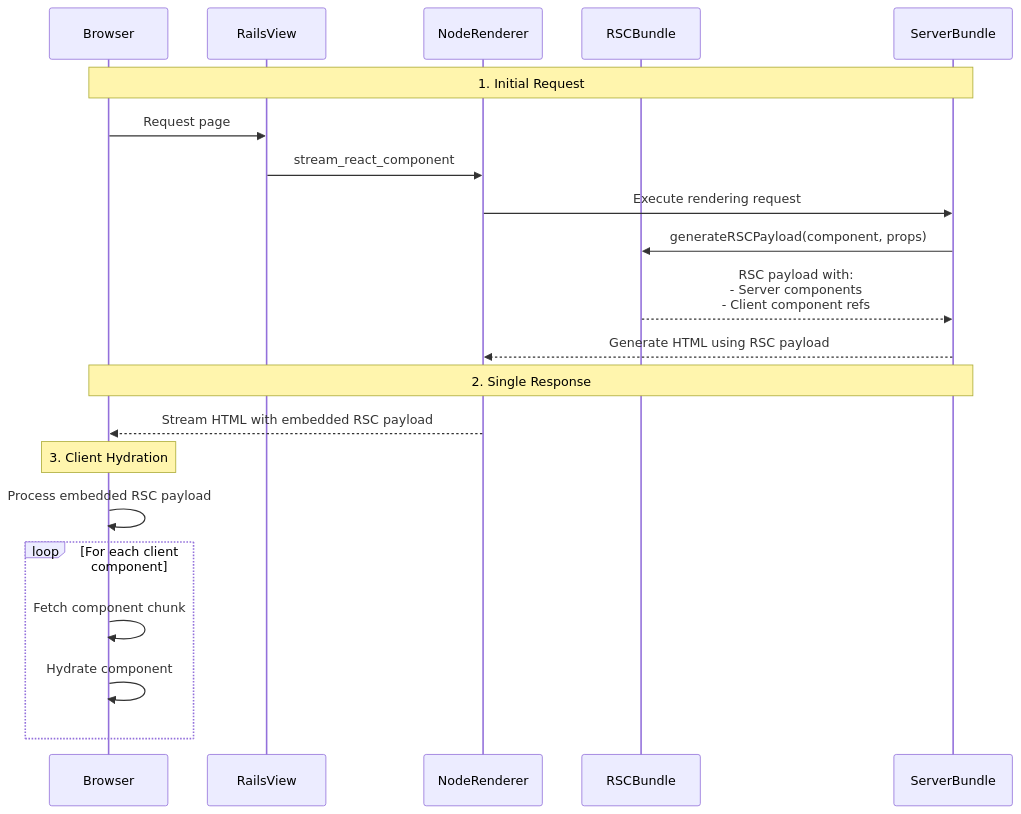
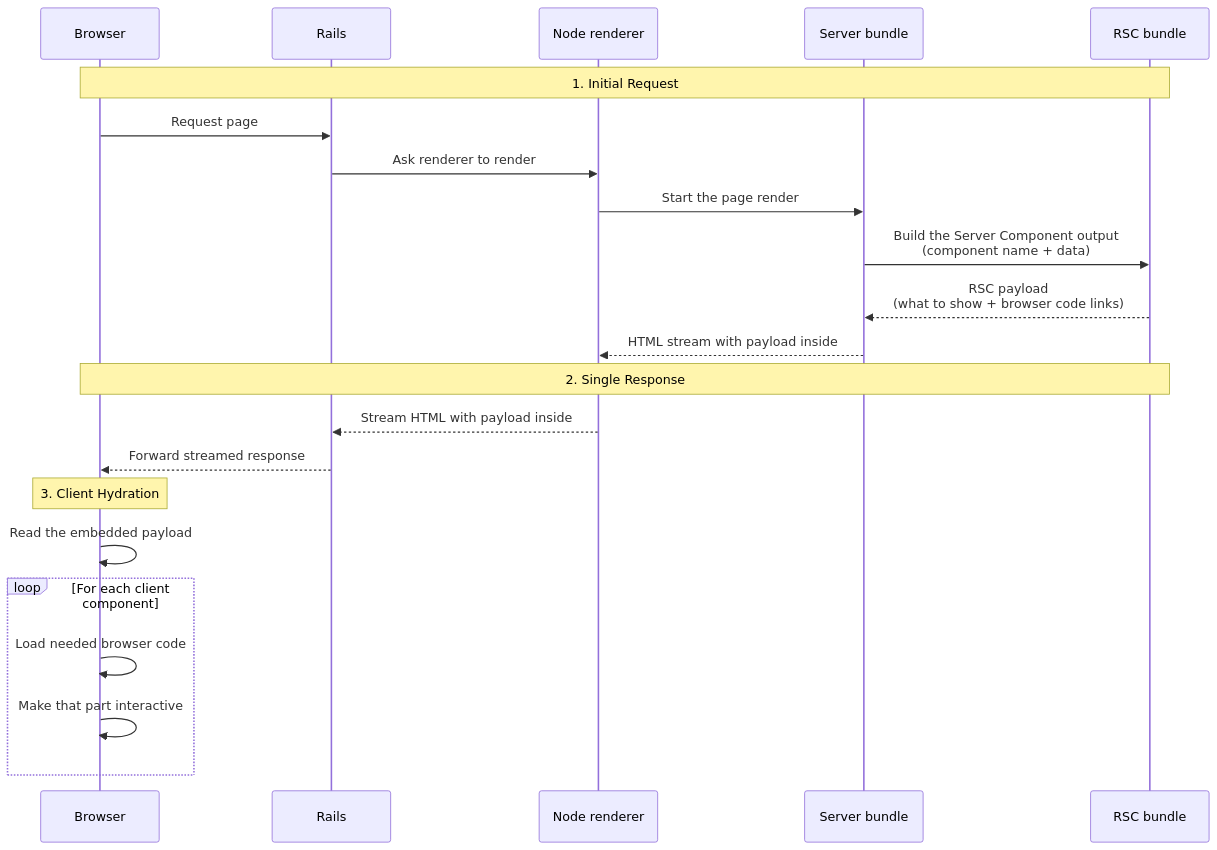
Before and after one commit to shakacode/react_on_rails: the second of 2 diagrams in docs/pro/react-server-components/rendering-flow.md, drawn with Mermaid. The commit also changed other lines of this file and 2 other files, not shown here.

Commit message:
Clarify Node renderer diagrams

````diff
--- a/docs/pro/react-server-components/rendering-flow.md
+++ b/docs/pro/react-server-components/rendering-flow.md
@@ -127,26 +127,27 @@
 ```mermaid
 sequenceDiagram
     participant Browser
-    participant RailsView
-    participant NodeRenderer
-    participant RSCBundle
-    participant ServerBundle
+    participant Rails
+    participant Renderer as Node renderer
+    participant Server as Server bundle
+    participant RSC as RSC bundle
 
-    Note over Browser,ServerBundle: 1. Initial Request
-    Browser->>RailsView: Request page
-    RailsView->>NodeRenderer: stream_react_component
-    NodeRenderer->>ServerBundle: Execute rendering request
-    ServerBundle->>RSCBundle: generateRSCPayload(component, props)
-    RSCBundle-->>ServerBundle: RSC payload with:<br/>- Server components<br/>- Client component refs
-    ServerBundle-->>NodeRenderer: Generate HTML using RSC payload
+    Note over Browser,RSC: 1. Initial Request
+    Browser->>Rails: Request page
+    Rails->>Renderer: Ask renderer to render
+    Renderer->>Server: Start the page render
+    Server->>RSC: Build the Server Component output<br/>(component name + data)
+    RSC-->>Server: RSC payload<br/>(what to show + browser code links)
+    Server-->>Renderer: HTML stream with payload inside
 
-    Note over Browser,ServerBundle: 2. Single Response
-    NodeRenderer-->>Browser: Stream HTML with embedded RSC payload
+    Note over Browser,RSC: 2. Single Response
+    Renderer-->>Rails: Stream HTML with payload inside
+    Rails-->>Browser: Forward streamed response
 
     Note over Browser: 3. Client Hydration
-    Browser->>Browser: Process embedded RSC payload
+    Browser->>Browser: Read the embedded payload
     loop For each client component
-        Browser->>Browser: Fetch component chunk
-        Browser->>Browser: Hydrate component
+        Browser->>Browser: Load needed browser code
+        Browser->>Browser: Make that part interactive
     end
 ```
````
